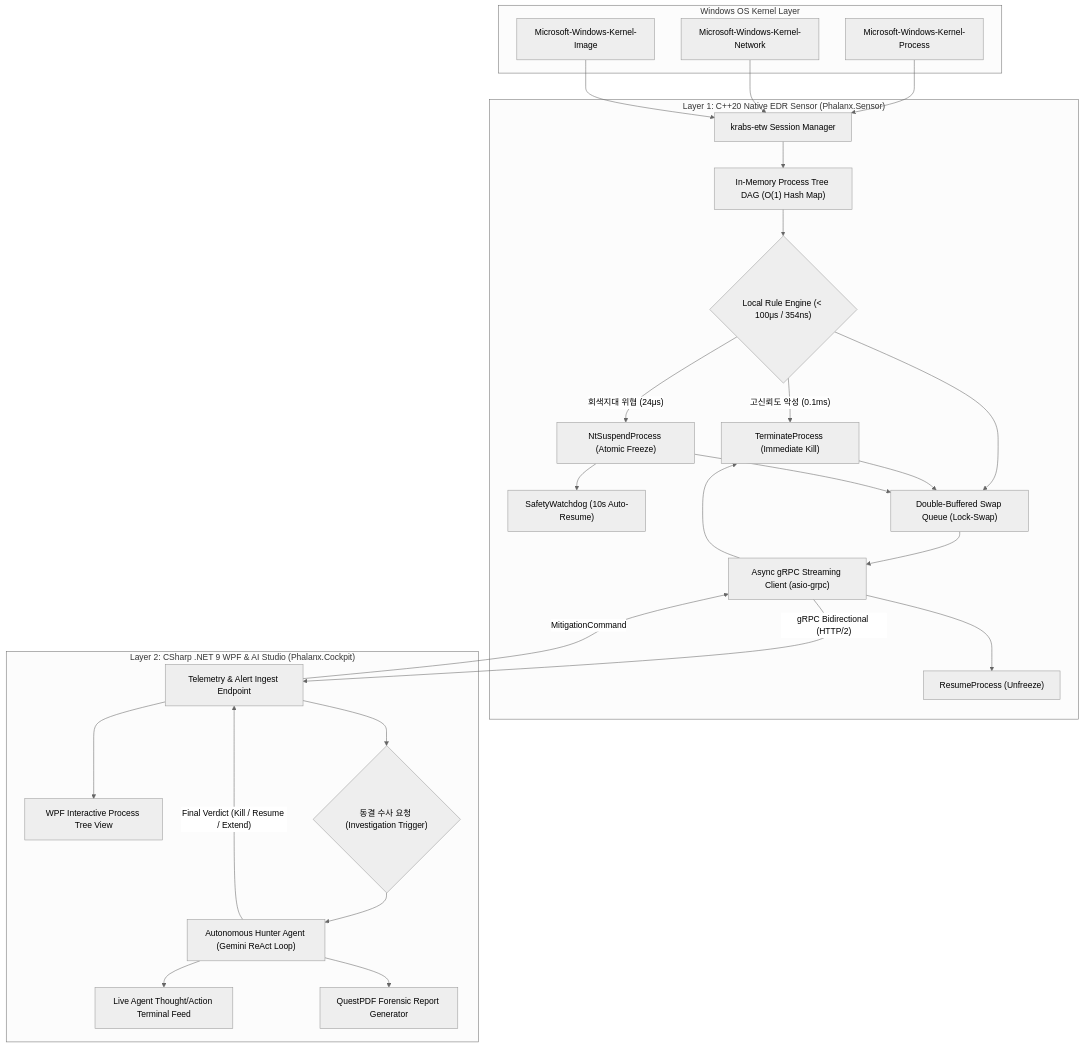
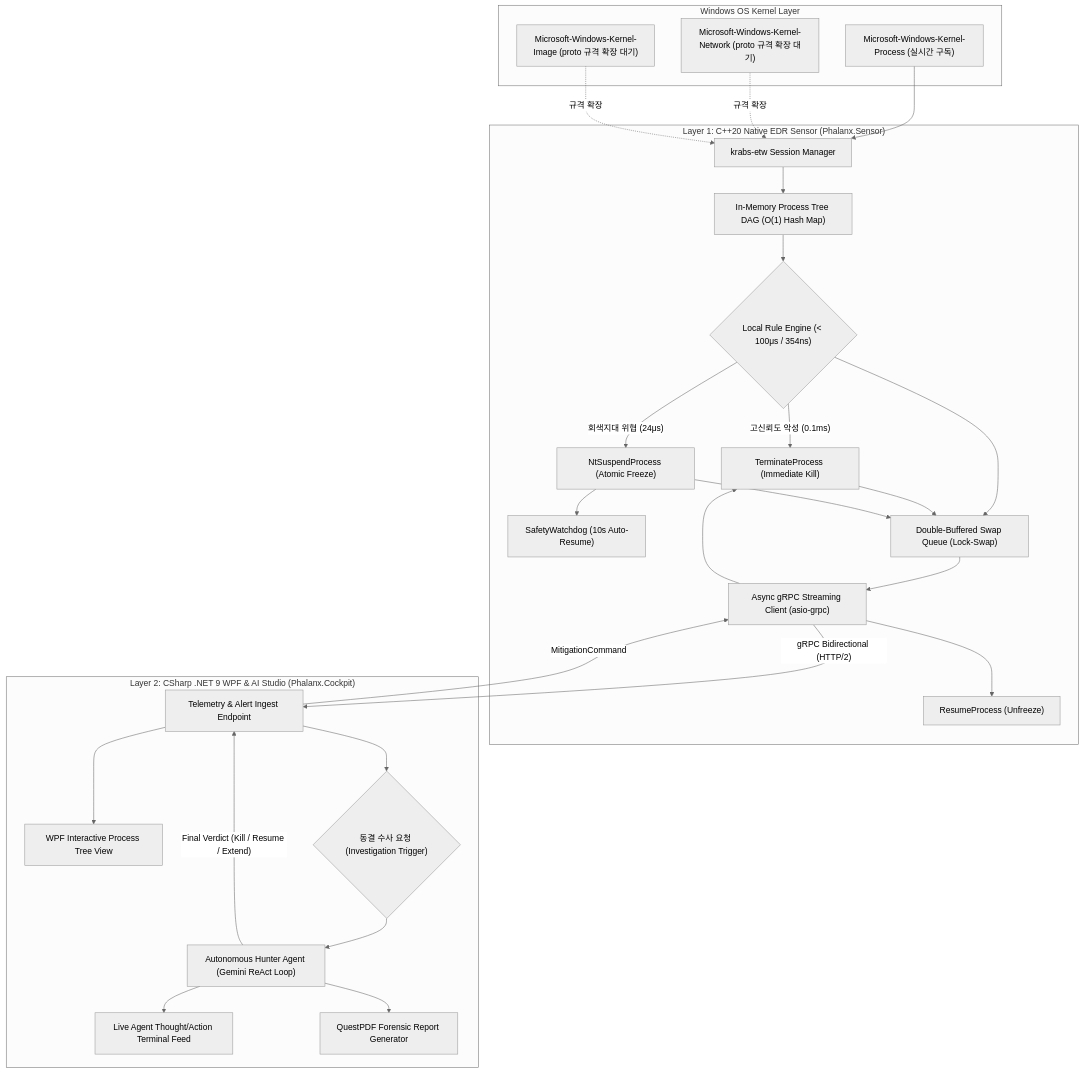
Before and after one commit to jin20203458/Obsidian.Agent: the first of 3 diagrams in Phalanx/docs/01_system_architecture.md, drawn with Mermaid (neutral theme). The commit also changed other lines of this file and 2 other files, not shown here.

````diff
--- a/Phalanx/docs/01_system_architecture.md
+++ b/Phalanx/docs/01_system_architecture.md
@@ -19,44 +19,44 @@
 ```mermaid
 flowchart TD
     subgraph KERNEL ["Windows OS Kernel Layer"]
-        ETW_Proc["Microsoft-Windows-Kernel-Process"]
-        ETW_Net["Microsoft-Windows-Kernel-Network"]
-        ETW_Img["Microsoft-Windows-Kernel-Image"]
+        ETW_Proc["Microsoft-Windows-Kernel-Process (실시간 구독)"]
+        ETW_Net["Microsoft-Windows-Kernel-Network (proto 규격 확장 대기)"]
+        ETW_Img["Microsoft-Windows-Kernel-Image (proto 규격 확장 대기)"]
     end
 
     subgraph CPP_ENGINE ["Layer 1: C++20 Native EDR Sensor (Phalanx.Sensor)"]
         ETW_Proc --> Krabs["krabs-etw Session Manager"]
-        ETW_Net --> Krabs
-        ETW_Img --> Krabs
+        ETW_Net -.->|"규격 확장"| Krabs
+        ETW_Img -.->|"규격 확장"| Krabs
         
         Krabs --> ProcTree["In-Memory Process Tree DAG (O(1) Hash Map)"]
         ProcTree --> LocalRules{"Local Rule Engine (< 100μs / 354ns)"}
         
         LocalRules -- "고신뢰도 악성 (0.1ms)" --> ActKill["TerminateProcess (Immediate Kill)"]
         LocalRules -- "회색지대 위협 (24μs)" --> ActFreeze["NtSuspendProcess (Atomic Freeze)"]
         ActFreeze --> Watchdog["SafetyWatchdog (10s Auto-Resume)"]
         ActResume["ResumeProcess (Unfreeze)"]
         
         LocalRules --> IngestQueue["Double-Buffered Swap Queue (Lock-Swap)"]
         ActKill --> IngestQueue
         ActFreeze --> IngestQueue
         
         IngestQueue --> GrpcClient["Async gRPC Streaming Client (asio-grpc)"]
     end
 
     subgraph CS_COCKPIT ["Layer 2: CSharp .NET 9 WPF & AI Studio (Phalanx.Cockpit)"]
         GrpcClient -->|"gRPC Bidirectional (HTTP/2)"| GrpcServer["Telemetry & Alert Ingest Endpoint"]
         
         GrpcServer --> GraphView["WPF Interactive Process Tree View"]
         GrpcServer --> AgentTrigger{"동결 수사 요청 (Investigation Trigger)"}
         
         AgentTrigger --> AgentOrchestrator["Autonomous Hunter Agent (Gemini ReAct Loop)"]
         AgentOrchestrator --> LiveFeed["Live Agent Thought/Action Terminal Feed"]
         AgentOrchestrator --> ReportEngine["QuestPDF Forensic Report Generator"]
         
         AgentOrchestrator -->|"Final Verdict (Kill / Resume / Extend)"| GrpcServer
         GrpcServer -->|"MitigationCommand"| GrpcClient
         GrpcClient --> ActKill
         GrpcClient --> ActResume
     end
 ```
````
